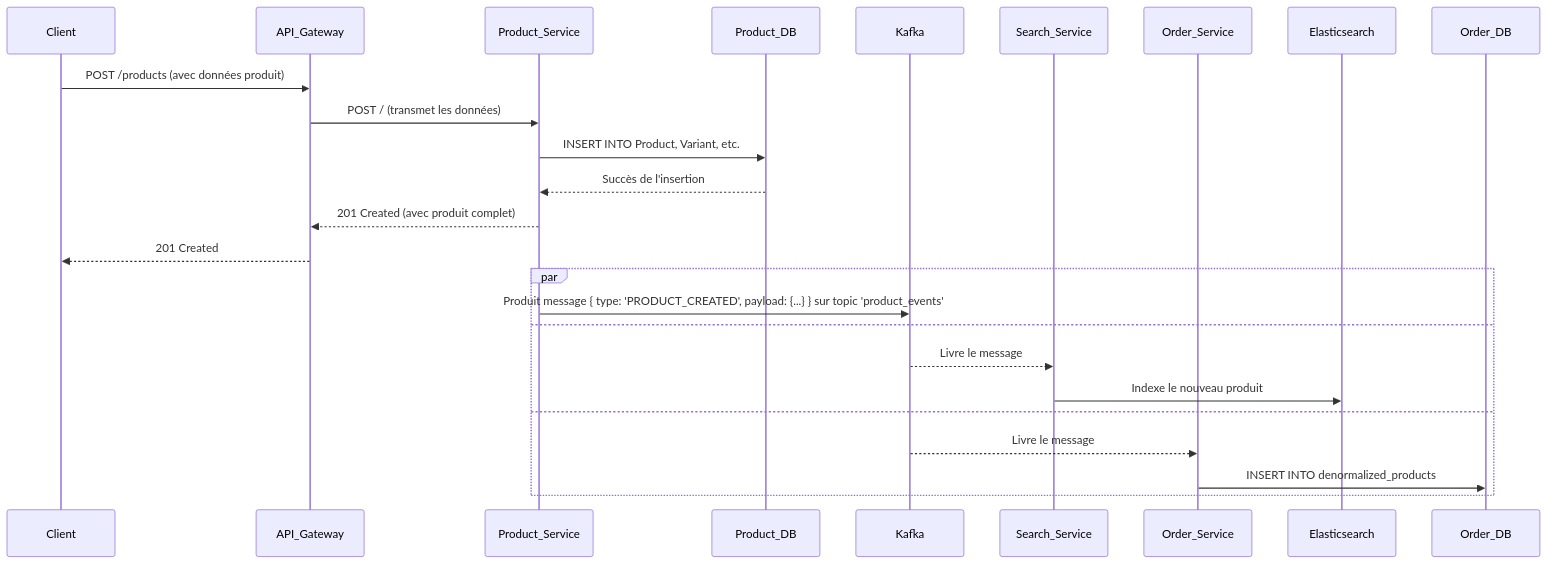
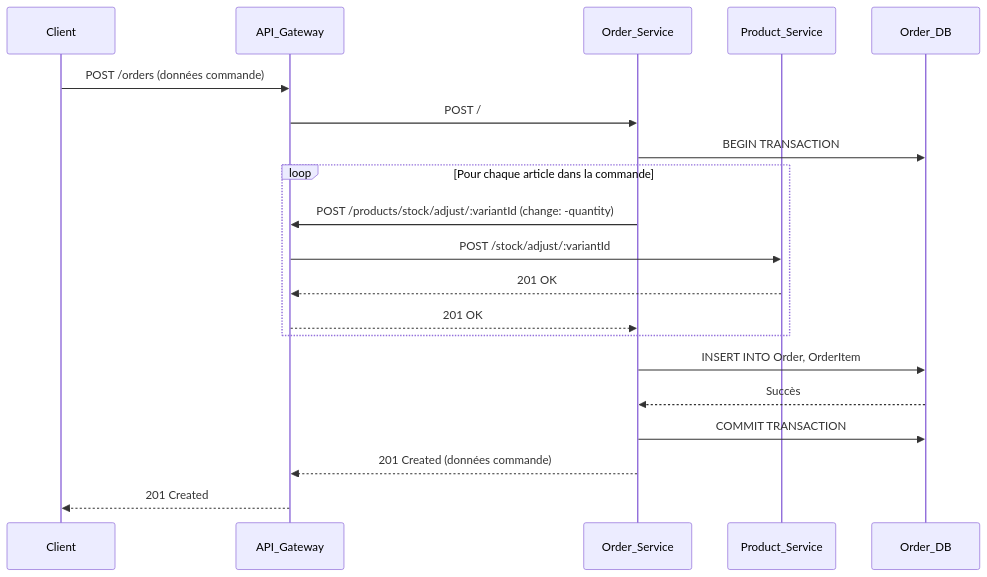
Before and after one commit to HarcheSamir/esisba-lirmm-ecommerce: the seventh of 9 diagrams in MVP.md, drawn with Mermaid. The commit also changed other lines of this file, not shown here.

````diff
--- a/MVP.md
+++ b/MVP.md
@@ -395,29 +368,23 @@
 ```mermaid
 sequenceDiagram
     participant Client
     participant API_Gateway
+    participant Order_Service
     participant Product_Service
-    participant Product_DB
-    participant Kafka
-    participant Search_Service
-    participant Order_Service
-    participant Elasticsearch
     participant Order_DB
 
-    Client->>API_Gateway: POST /products (avec données produit)
-    API_Gateway->>Product_Service: POST / (transmet les données)
-    Product_Service->>Product_DB: INSERT INTO Product, Variant, etc.
-    Product_DB-->>Product_Service: Succès de l'insertion
-    Product_Service-->>API_Gateway: 201 Created (avec produit complet)
+    Client->>API_Gateway: POST /orders (données commande)
+    API_Gateway->>Order_Service: POST /
+    Order_Service->>Order_DB: BEGIN TRANSACTION
+    loop Pour chaque article dans la commande
+        Order_Service->>API_Gateway: POST /products/stock/adjust/:variantId (change: -quantity)
+        API_Gateway->>Product_Service: POST /stock/adjust/:variantId
+        Product_Service-->>API_Gateway: 201 OK
+        API_Gateway-->>Order_Service: 201 OK
+    end
+    Order_Service->>Order_DB: INSERT INTO Order, OrderItem
+    Order_DB-->>Order_Service: Succès
+    Order_Service->>Order_DB: COMMIT TRANSACTION
+    Order_Service-->>API_Gateway: 201 Created (données commande)
     API_Gateway-->>Client: 201 Created
-
-    par
-        Product_Service->>Kafka: Produit message { type: 'PRODUCT_CREATED', payload: {...} } sur topic 'product_events'
-    and
-        Kafka-->>Search_Service: Livre le message
-        Search_Service->>Elasticsearch: Indexe le nouveau produit
-    and
-        Kafka-->>Order_Service: Livre le message
-        Order_Service->>Order_DB: INSERT INTO denormalized_products
-    end
 ```
````
